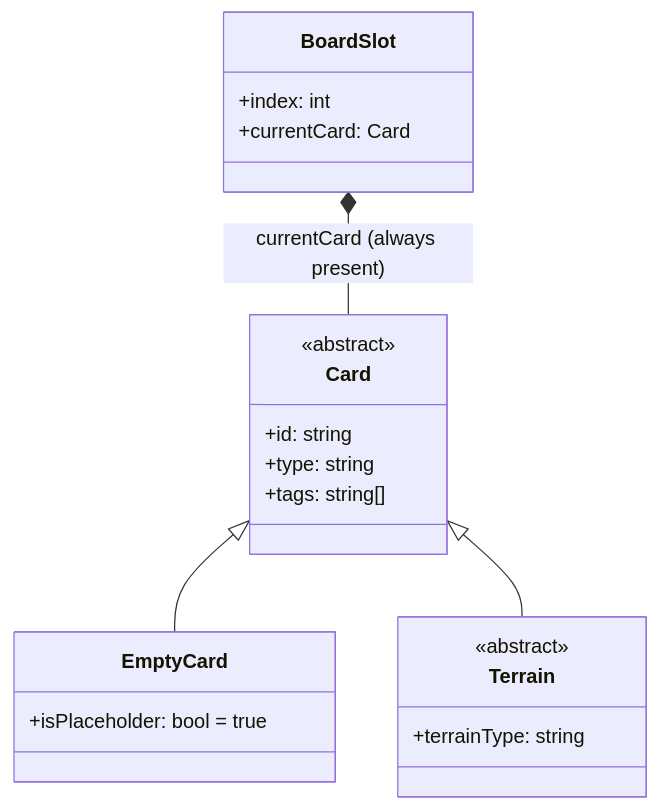
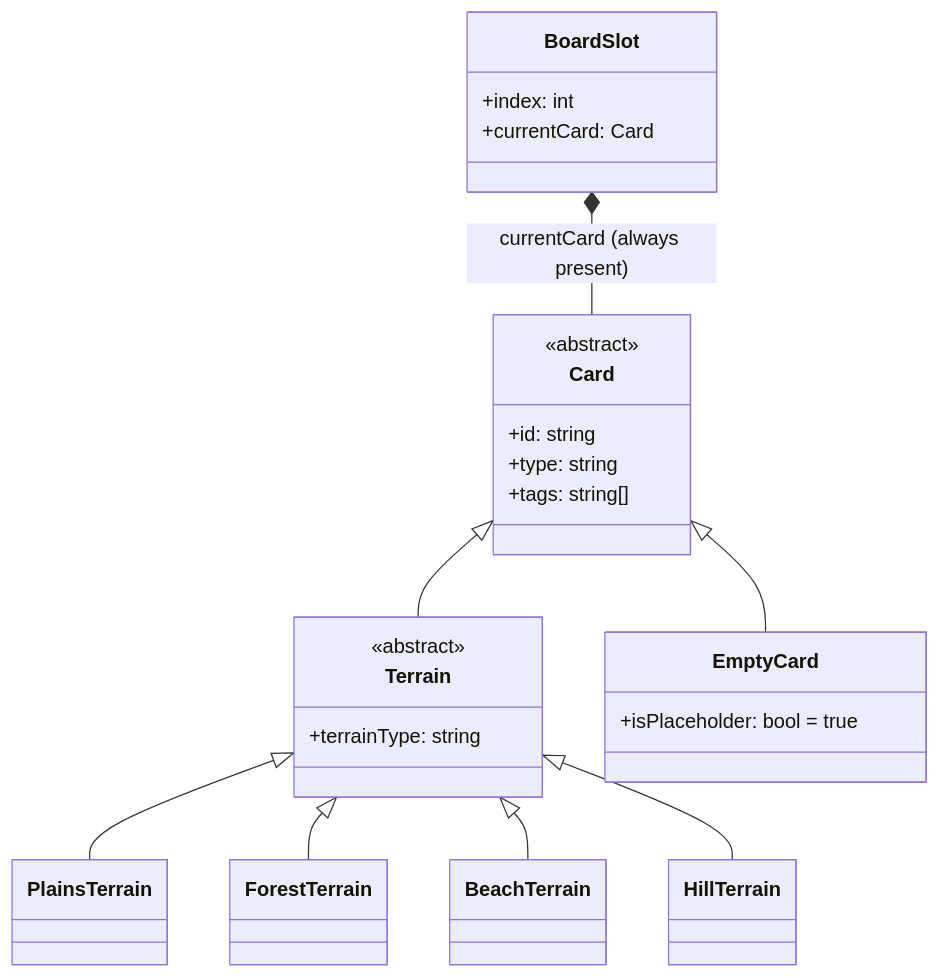
The first of 2 diagrams in StrategyGame/data-structure.md (AJosephsen/gfxer), drawn with Mermaid before and after one commit. The commit also changed other lines of this file, not shown here.

Commit message:
docs: add concrete terrain subclasses to UML

````diff
--- a/StrategyGame/data-structure.md
+++ b/StrategyGame/data-structure.md
@@ -17,27 +17,36 @@
 ```mermaid
 classDiagram
     class Card {
         <<abstract>>
         +id: string
         +type: string
         +tags: string[]
     }
 
     class Terrain {
         <<abstract>>
         +terrainType: string
     }
 
+    class PlainsTerrain
+    class ForestTerrain
+    class BeachTerrain
+    class HillTerrain
+
     class EmptyCard {
         +isPlaceholder: bool = true
     }
 
     class BoardSlot {
         +index: int
         +currentCard: Card
     }
 
     Card <|-- EmptyCard
     Card <|-- Terrain
+    Terrain <|-- PlainsTerrain
+    Terrain <|-- ForestTerrain
+    Terrain <|-- BeachTerrain
+    Terrain <|-- HillTerrain
     BoardSlot *-- Card : currentCard (always present)
 ```
````
